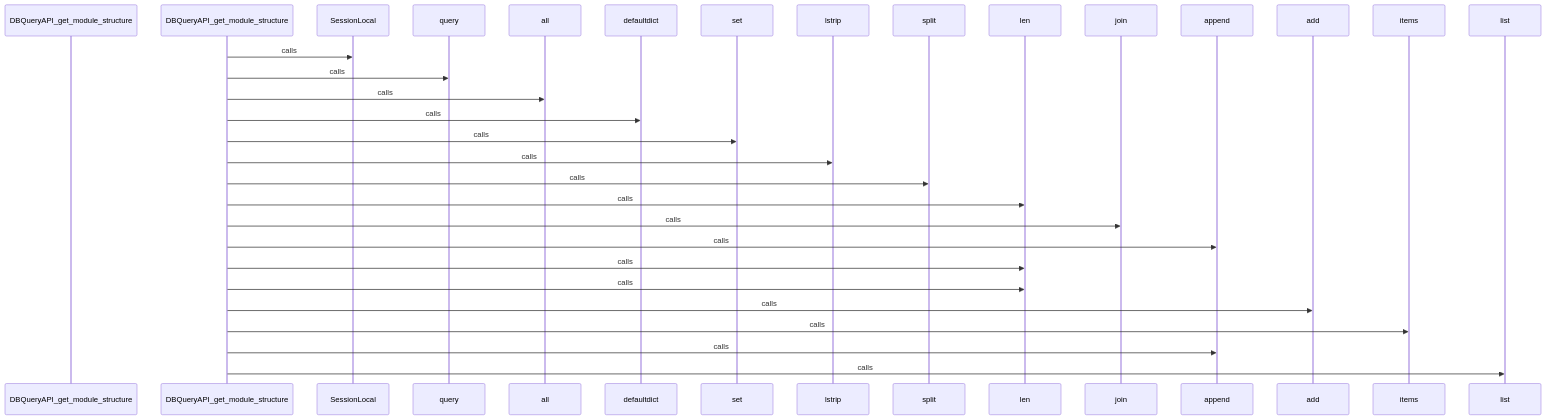
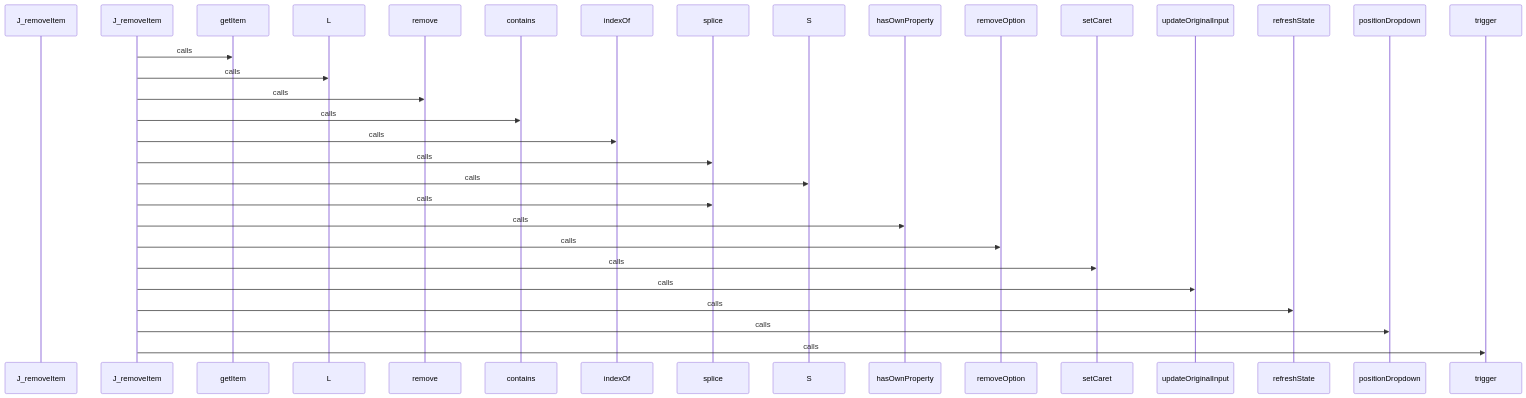
One commit to hazalkoom/DECODEx01 changed diagram 20 of 27 in docs/CALL_FLOW.md. Above: the diagram before and after it, drawn with Mermaid. The commit also changed other lines of this file and 8 other files, not shown here.

````diff
--- a/docs/CALL_FLOW.md
+++ b/docs/CALL_FLOW.md
@@ -671,69 +787,65 @@
 ```mermaid
 sequenceDiagram
-    participant Start as DBQueryAPI_get_module_structure
+    participant Start as J_removeItem
 
 
-    DBQueryAPI_get_module_structure->>SessionLocal: calls
+    J_removeItem->>getItem: calls
 
 
 
-    DBQueryAPI_get_module_structure->>query: calls
+    J_removeItem->>L: calls
 
 
 
-    DBQueryAPI_get_module_structure->>all: calls
+    J_removeItem->>remove: calls
 
 
 
-    DBQueryAPI_get_module_structure->>defaultdict: calls
+    J_removeItem->>contains: calls
 
 
 
-    DBQueryAPI_get_module_structure->>set: calls
+    J_removeItem->>indexOf: calls
 
 
 
-    DBQueryAPI_get_module_structure->>lstrip: calls
+    J_removeItem->>splice: calls
 
 
 
-    DBQueryAPI_get_module_structure->>split: calls
+    J_removeItem->>S: calls
 
 
 
-    DBQueryAPI_get_module_structure->>len: calls
+    J_removeItem->>splice: calls
 
 
 
-    DBQueryAPI_get_module_structure->>join: calls
+    J_removeItem->>hasOwnProperty: calls
 
 
 
-    DBQueryAPI_get_module_structure->>append: calls
+    J_removeItem->>removeOption: calls
 
 
 
-    DBQueryAPI_get_module_structure->>len: calls
+    J_removeItem->>setCaret: calls
 
 
 
-    DBQueryAPI_get_module_structure->>len: calls
+    J_removeItem->>updateOriginalInput: calls
 
 
 
-    DBQueryAPI_get_module_structure->>add: calls
+    J_removeItem->>refreshState: calls
 
 
 
-    DBQueryAPI_get_module_structure->>items: calls
+    J_removeItem->>positionDropdown: calls
 
 
 
-    DBQueryAPI_get_module_structure->>append: calls
-
-
-
-    DBQueryAPI_get_module_structure->>list: calls
+    J_removeItem->>trigger: calls
 
 
 ```
````
